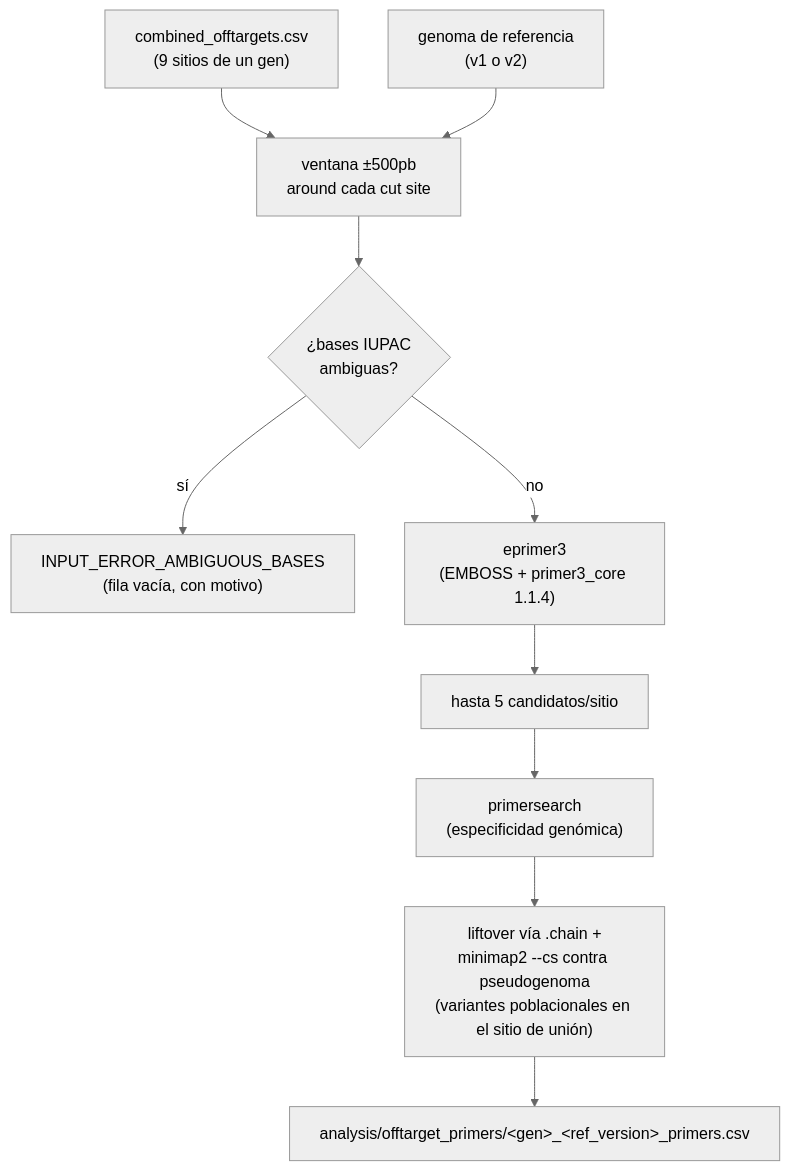
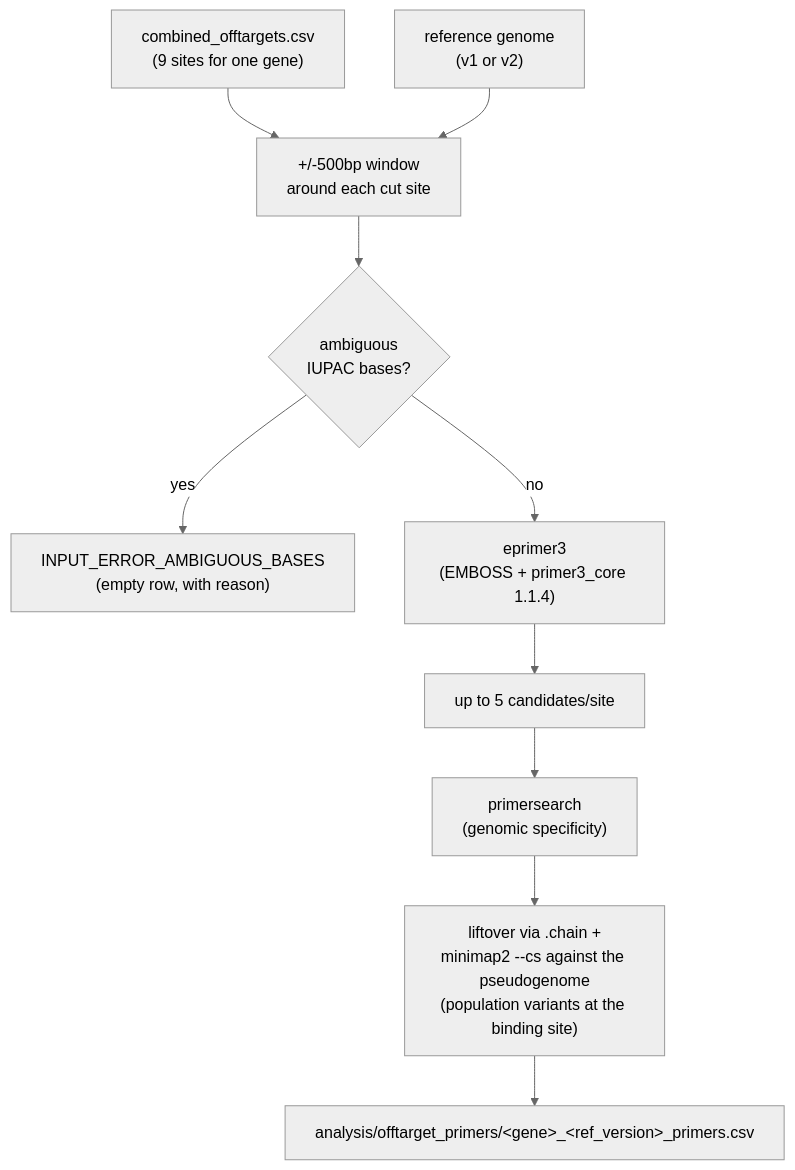
Before and after one commit to diegomartinez33/guppy-crispr-wgs-pipeline: the ninth of 9 diagrams in docs/PIPELINE.md, drawn with Mermaid (neutral theme). The commit also changed other lines of this file and 11 other files, not shown here.

````diff
--- a/docs/PIPELINE.md
+++ b/docs/PIPELINE.md
@@ -404,12 +404,12 @@
 ```mermaid
 flowchart TD
-    CSV["combined_offtargets.csv\n(9 sitios de un gen)"] --> WIN["ventana ±500pb\naround cada cut site"]
-    REF["genoma de referencia\n(v1 o v2)"] --> WIN
-    WIN --> AMB{"¿bases IUPAC\nambiguas?"}
-    AMB -- sí --> SKIP["INPUT_ERROR_AMBIGUOUS_BASES\n(fila vacía, con motivo)"]
+    CSV["combined_offtargets.csv\n(9 sites for one gene)"] --> WIN["+/-500bp window\naround each cut site"]
+    REF["reference genome\n(v1 or v2)"] --> WIN
+    WIN --> AMB{"ambiguous\nIUPAC bases?"}
+    AMB -- yes --> SKIP["INPUT_ERROR_AMBIGUOUS_BASES\n(empty row, with reason)"]
     AMB -- no --> EP["eprimer3\n(EMBOSS + primer3_core 1.1.4)"]
-    EP --> CAND["hasta 5 candidatos/sitio"]
-    CAND --> PS["primersearch\n(especificidad genómica)"]
-    PS --> POP["liftover vía .chain +\nminimap2 --cs contra pseudogenoma\n(variantes poblacionales en el sitio de unión)"]
-    POP --> OUT["analysis/offtarget_primers/&lt;gen&gt;_&lt;ref_version&gt;_primers.csv"]
+    EP --> CAND["up to 5 candidates/site"]
+    CAND --> PS["primersearch\n(genomic specificity)"]
+    PS --> POP["liftover via .chain +\nminimap2 --cs against the pseudogenome\n(population variants at the binding site)"]
+    POP --> OUT["analysis/offtarget_primers/&lt;gene&gt;_&lt;ref_version&gt;_primers.csv"]
 ```
````
